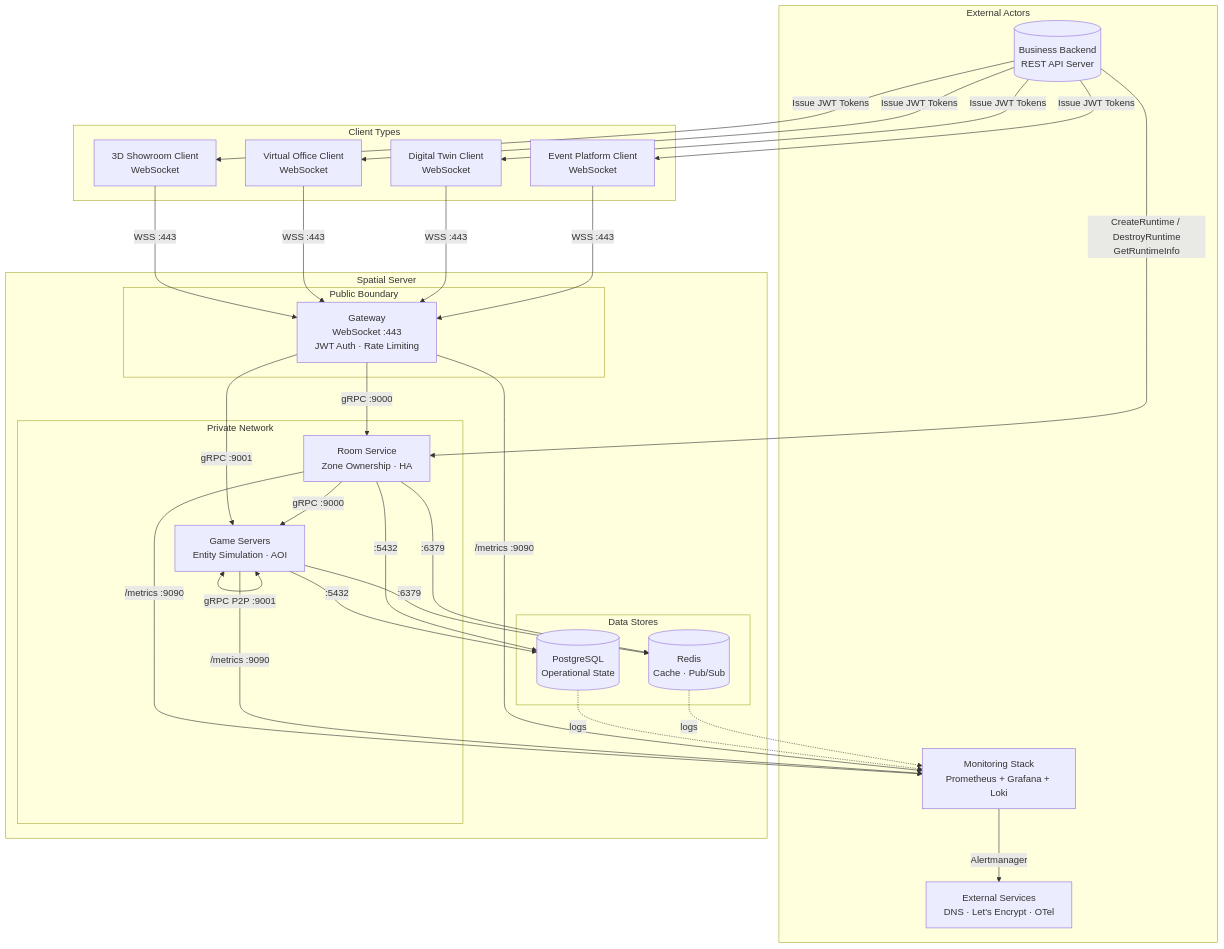
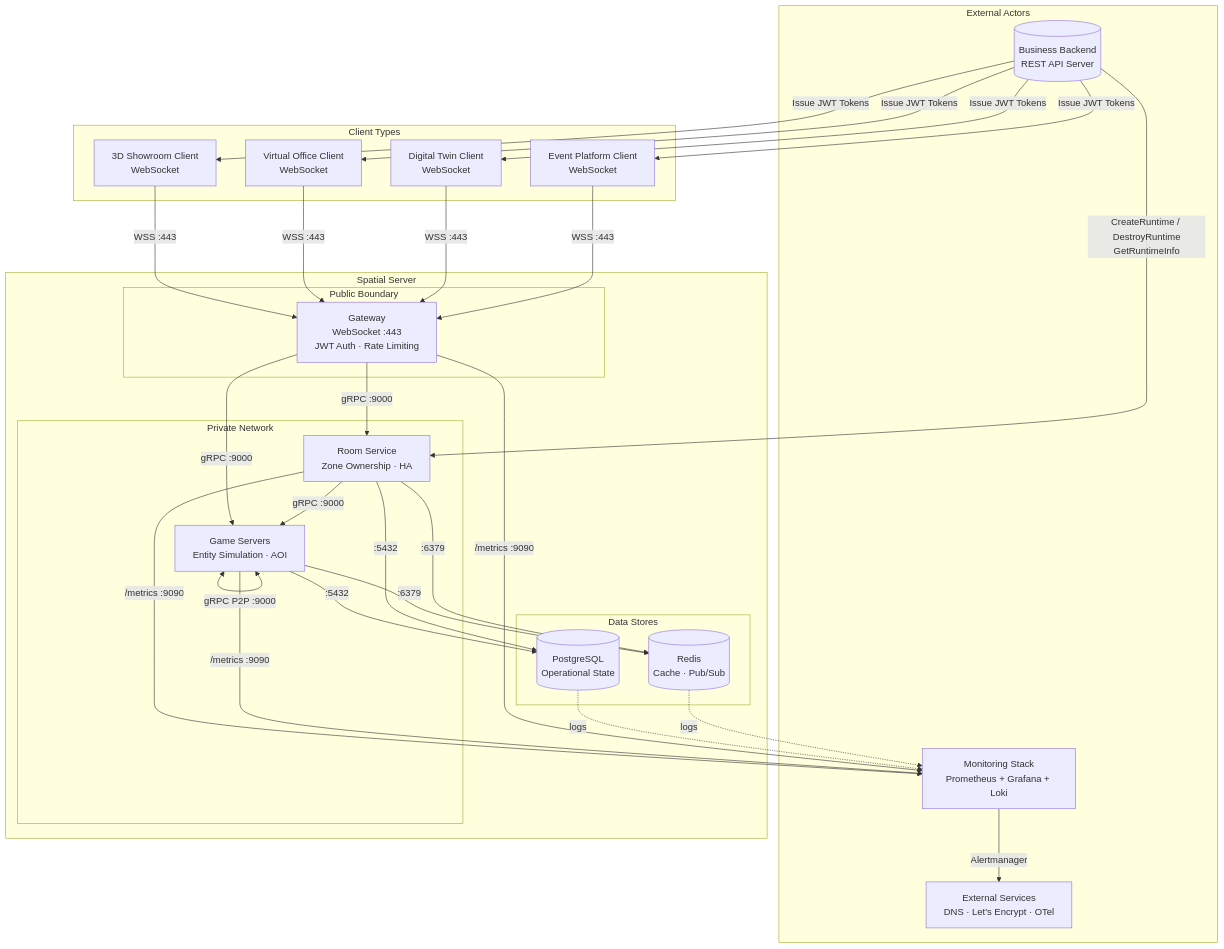
The diagram in docs/diagrams/system-context.md (thaolaptrinh/spatial-server), drawn with Mermaid before and after one commit. The commit also changed other lines of this file and 46 other files, not shown here.

First line of the commit message:
docs: comprehensive audit fix — ports, config, JWT, ADR contradictions, repo structure, security, roadmap, CI

````diff
--- a/docs/diagrams/system-context.md
+++ b/docs/diagrams/system-context.md
@@ -5,58 +9,58 @@
 ```mermaid
 graph TB
     subgraph "External Actors"
         BB[("Business Backend<br/>REST API Server")]
         MON["Monitoring Stack<br/>Prometheus + Grafana + Loki"]
         EXT_SVC["External Services<br/>DNS · Let's Encrypt · OTel"]
     end
 
     subgraph "Spatial Server"
         subgraph "Public Boundary"
             GW[Gateway<br/>WebSocket :443<br/>JWT Auth · Rate Limiting]
         end
         subgraph "Private Network"
             RS[Room Service<br/>Zone Ownership · HA]
             GS[Game Servers<br/>Entity Simulation · AOI]
         end
         subgraph "Data Stores"
             PG[(PostgreSQL<br/>Operational State)]
             RDS[(Redis<br/>Cache · Pub/Sub)]
         end
     end
 
     subgraph "Client Types"
         C1[3D Showroom Client<br/>WebSocket]
         C2[Virtual Office Client<br/>WebSocket]
         C3[Digital Twin Client<br/>WebSocket]
         C4[Event Platform Client<br/>WebSocket]
     end
 
     C1 -->|WSS :443| GW
     C2 -->|WSS :443| GW
     C3 -->|WSS :443| GW
     C4 -->|WSS :443| GW
 
     BB -->|CreateRuntime / DestroyRuntime<br/>GetRuntimeInfo| RS
     BB -->|Issue JWT Tokens| C1
     BB -->|Issue JWT Tokens| C2
     BB -->|Issue JWT Tokens| C3
     BB -->|Issue JWT Tokens| C4
 
     GW -->|gRPC :9000| RS
-    GW -->|gRPC :9001| GS
+    GW -->|gRPC :9000| GS
     RS -->|gRPC :9000| GS
-    GS <-->|gRPC P2P :9001| GS
+    GS <-->|gRPC P2P :9000| GS
 
     GS -->|:5432| PG
     RS -->|:5432| PG
     GS -->|:6379| RDS
     RS -->|:6379| RDS
 
     GW -->|/metrics :9090| MON
     RS -->|/metrics :9090| MON
     GS -->|/metrics :9090| MON
     PG -.->|logs| MON
     RDS -.->|logs| MON
 
     MON -->|Alertmanager| EXT_SVC
 ```
````
